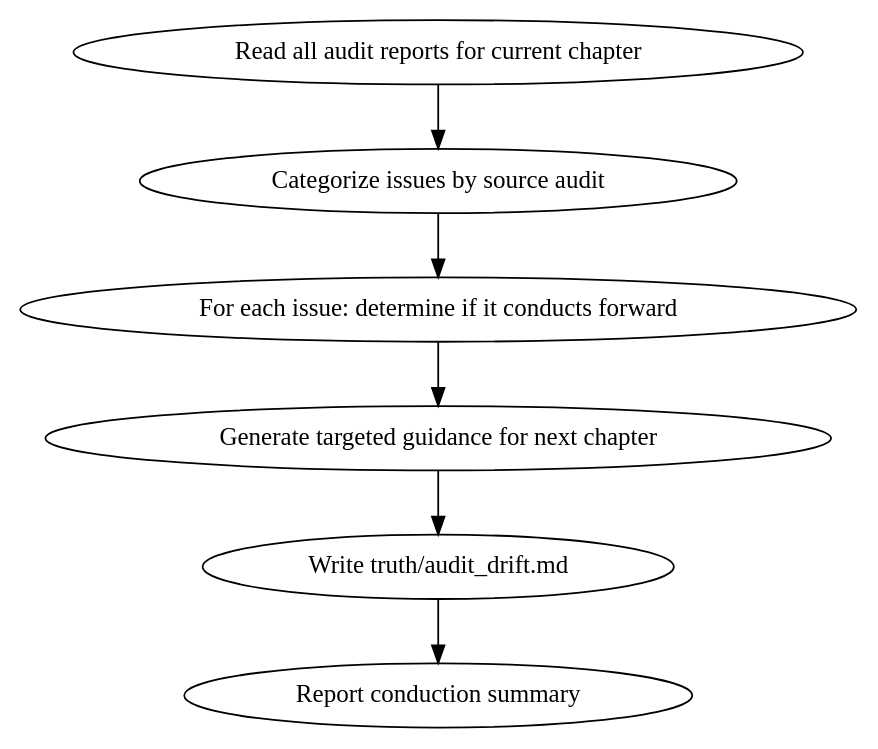
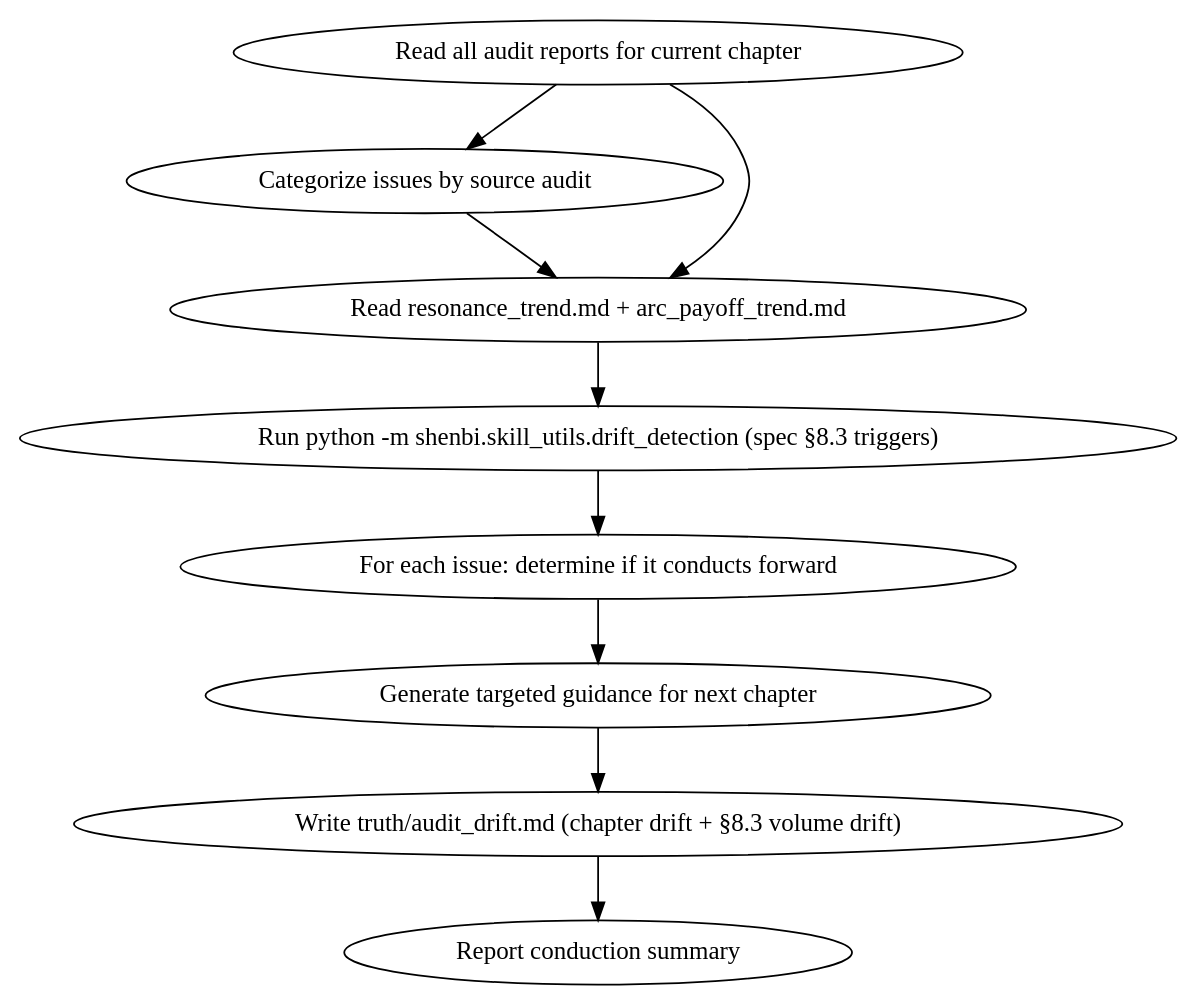
The diagram in skills/shenbi-drift-guidance/SKILL.md (ThomasChangX/shenbi), drawn with Graphviz before and after one commit. The commit also changed other lines of this file and 3 other files, not shown here.

Commit message:
feat(drift-guidance): consume resonance/arc trends, emit drift findings

````diff
--- a/skills/shenbi-drift-guidance/SKILL.md
+++ b/skills/shenbi-drift-guidance/SKILL.md
@@ -31,9 +33,12 @@
 ```dot
 digraph drift_guidance {
     "Read all audit reports for current chapter" -> "Categorize issues by source audit";
-    "Categorize issues by source audit" -> "For each issue: determine if it conducts forward";
+    "Read all audit reports for current chapter" -> "Read resonance_trend.md + arc_payoff_trend.md";
+    "Categorize issues by source audit" -> "Read resonance_trend.md + arc_payoff_trend.md";
+    "Read resonance_trend.md + arc_payoff_trend.md" -> "Run python -m shenbi.skill_utils.drift_detection (spec §8.3 triggers)";
+    "Run python -m shenbi.skill_utils.drift_detection (spec §8.3 triggers)" -> "For each issue: determine if it conducts forward";
     "For each issue: determine if it conducts forward" -> "Generate targeted guidance for next chapter";
-    "Generate targeted guidance for next chapter" -> "Write truth/audit_drift.md";
-    "Write truth/audit_drift.md" -> "Report conduction summary";
+    "Generate targeted guidance for next chapter" -> "Write truth/audit_drift.md (chapter drift + §8.3 volume drift)";
+    "Write truth/audit_drift.md (chapter drift + §8.3 volume drift)" -> "Report conduction summary";
 }
 ```
````
